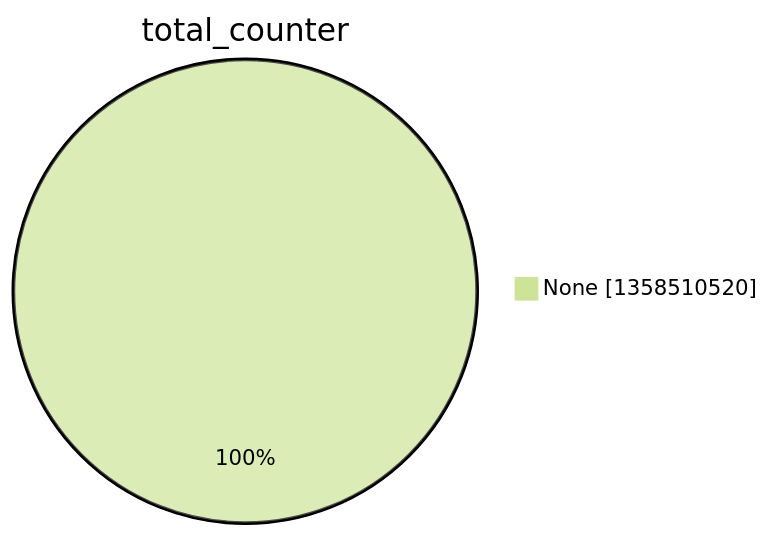
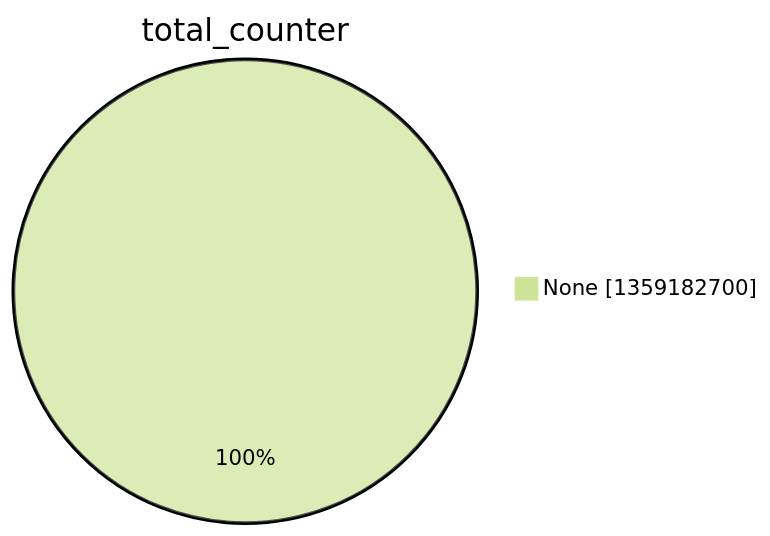
One commit to christiankrug/ctmonitor_visualization changed the second of 15 diagrams in argon2022/README.md. Above: the diagram before and after it, drawn with Mermaid (forest theme). The commit also changed other lines of this file, not shown here.

````diff
--- a/argon2022/README.md
+++ b/argon2022/README.md
@@ -9,5 +9,5 @@
 ```mermaid
 pie showData
 title total_counter
-"None" :1358510520
+"None" :1359182700
 ```
````
